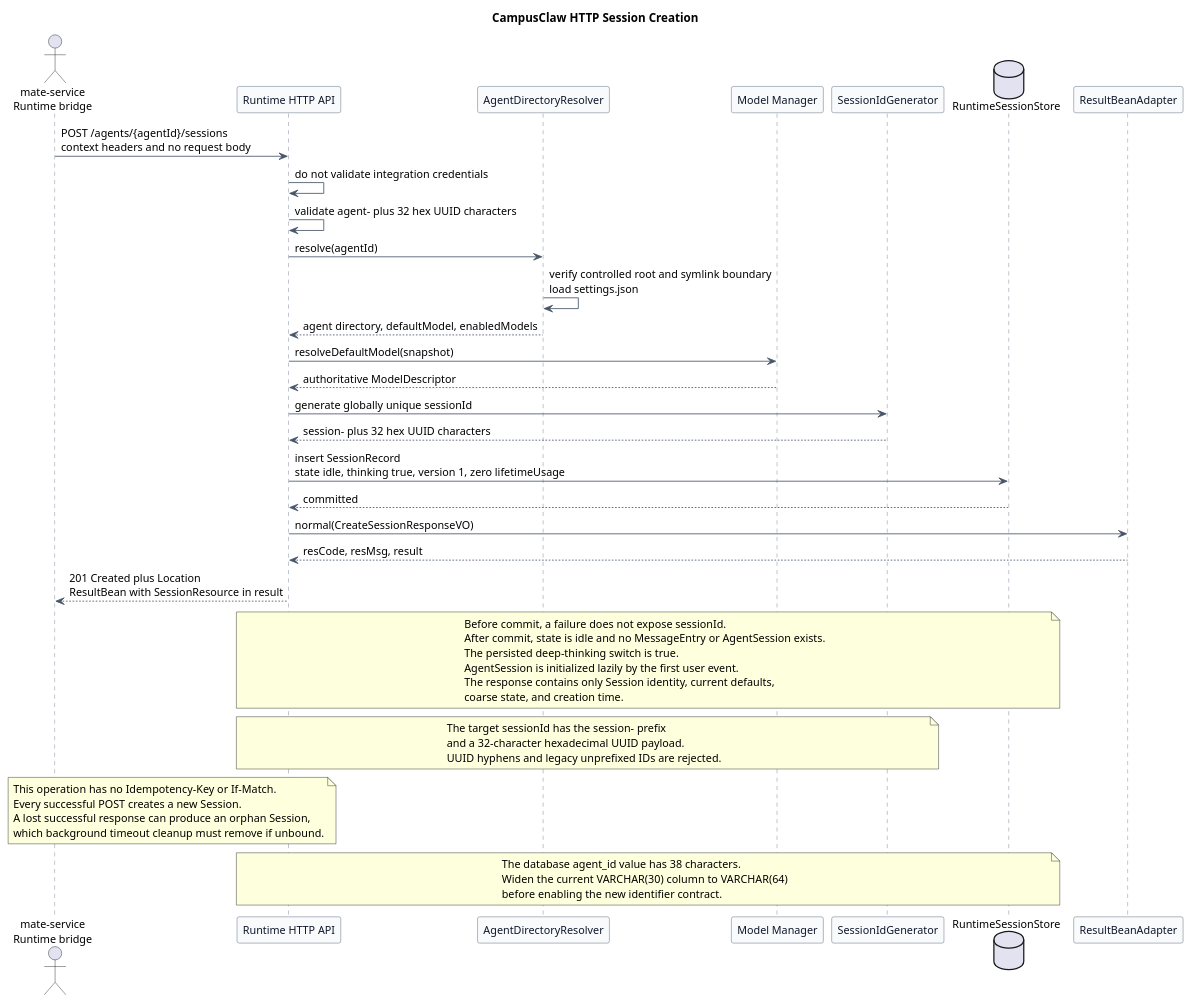
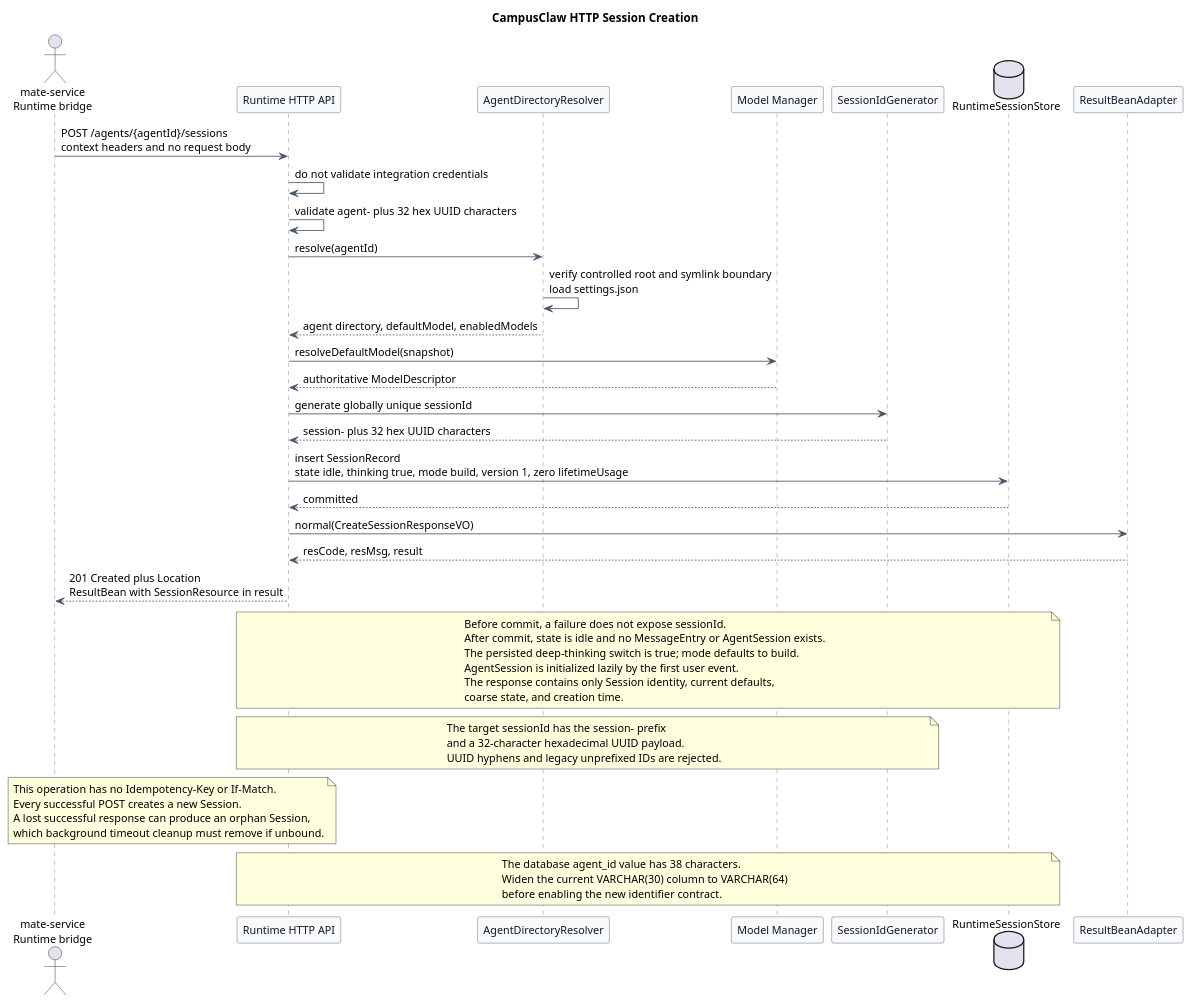
Before and after one commit to ssm0808/pi-mono-java-design: the first of 3 diagrams in 01-总体架构/01-CampusClaw多Agent运行时/设计图/会话生命周期/diagram.puml, drawn with PlantUML. The commit also changed other lines of this file and 49 other files, not shown here.

```diff
--- a/01-总体架构/01-CampusClaw多Agent运行时/设计图/会话生命周期/diagram.puml
+++ b/01-总体架构/01-CampusClaw多Agent运行时/设计图/会话生命周期/diagram.puml
@@ -1,91 +1,91 @@
 @startuml http_session_creation
 title CampusClaw HTTP Session Creation
 
 ' Source evidence (pi-mono-java PR 167 f60cc3e78bb8b700527ac082c7c8e10524ede095):
 ' modules/coding-agent-cli/src/main/java/com/campusclaw/codingagent/runtimeapi/session/RuntimeSessionService.java, create.
 ' modules/coding-agent-cli/src/main/java/com/campusclaw/codingagent/runtimeapi/agent/FileAgentDirectoryResolver.java, resolve.
 ' modules/coding-agent-cli/src/main/java/com/campusclaw/codingagent/runtimeapi/web/RuntimeSessionController.java, create.
 ' Source evidence (pi-mono-java 304eda06ff603fc9b6bbcaad0c296cc151a7defb):
 ' modules/coding-agent-cli/src/main/java/com/campusclaw/codingagent/runtimeapi/web/RuntimeSessionController.java, create.
 ' modules/coding-agent-cli/src/main/java/com/campusclaw/codingagent/runtimeapi/vo/CreateSessionResponseVO.java.
 ' Observed behavior: the current Java wire path and response still use agent_id and session_id.
 ' Observed behavior: settings chooses a default model candidate and the model manager validates it.
 ' Observed behavior: current Java accepts agent_ plus 24 alphanumeric characters and persists thinking false.
 ' Observed behavior: RandomSessionIdGenerator.nextId returns 26 Crockford Base32 characters with no prefix.
 ' Architecture change: target Agent and Session IDs use a type prefix plus 32 hex UUID characters.
 ' Architecture change: target HTTP path and payload fields use lowerCamelCase while header names stay unchanged.
 ' Product constraint: successful target creation persists thinking true.
 ' Product constraint: all Runtime operations carry integration-context headers without local validation.
 ' Observed behavior: creation persists an idle Session and does not initialize AgentSession or invoke a model.
 ' Architecture change: the materialized Session starts with zero lifetime Usage.
 ' Design reason: defer expensive runtime initialization until the first accepted user event.
 
 skinparam backgroundColor #FFFFFF
 skinparam shadowing false
 skinparam defaultFontName Arial
 skinparam defaultFontSize 13
 skinparam participant {
   BackgroundColor #F8FAFC
   BorderColor #475569
   FontColor #0F172A
 }
 skinparam ArrowColor #475569
 skinparam sequence {
   LifeLineBorderColor #64748B
   LifeLineBackgroundColor #F8FAFC
   GroupBorderColor #94A3B8
   GroupBackgroundColor #F8FAFC
 }
 
 actor "mate-service\nRuntime bridge" as Mate
 participant "Runtime HTTP API" as API
 participant "AgentDirectoryResolver" as Resolver
 participant "Model Manager" as Models
 participant "SessionIdGenerator" as Ids
 database "RuntimeSessionStore" as Store
 participant "ResultBeanAdapter" as ResultAdapter
 
 Mate -> API : POST /agents/{agentId}/sessions\ncontext headers and no request body
 API -> API : do not validate integration credentials
 API -> API : validate agent- plus 32 hex UUID characters
 API -> Resolver : resolve(agentId)
 Resolver -> Resolver : verify controlled root and symlink boundary\nload settings.json
 Resolver --> API : agent directory, defaultModel, enabledModels
 API -> Models : resolveDefaultModel(snapshot)
 Models --> API : authoritative ModelDescriptor
 API -> Ids : generate globally unique sessionId
 Ids --> API : session- plus 32 hex UUID characters
-API -> Store : insert SessionRecord\nstate idle, thinking true, version 1, zero lifetimeUsage
+API -> Store : insert SessionRecord\nstate idle, thinking true, mode build, version 1, zero lifetimeUsage
 Store --> API : committed
 API -> ResultAdapter : normal(CreateSessionResponseVO)
 ResultAdapter --> API : resCode, resMsg, result
 API --> Mate : 201 Created plus Location\nResultBean with SessionResource in result
 
 note over API,Store
 Before commit, a failure does not expose sessionId.
 After commit, state is idle and no MessageEntry or AgentSession exists.
-The persisted deep-thinking switch is true.
+The persisted deep-thinking switch is true; mode defaults to build.
 AgentSession is initialized lazily by the first user event.
 The response contains only Session identity, current defaults,
 coarse state, and creation time.
 end note
 
 note over API,Ids
 The target sessionId has the session- prefix
 and a 32-character hexadecimal UUID payload.
 UUID hyphens and legacy unprefixed IDs are rejected.
 end note
 
 note over Mate,API
 This operation has no Idempotency-Key or If-Match.
 Every successful POST creates a new Session.
 A lost successful response can produce an orphan Session,
 which background timeout cleanup must remove if unbound.
 end note
 
 note over API,Store
 The database agent_id value has 38 characters.
 Widen the current VARCHAR(30) column to VARCHAR(64)
 before enabling the new identifier contract.
 end note
 @enduml
```
